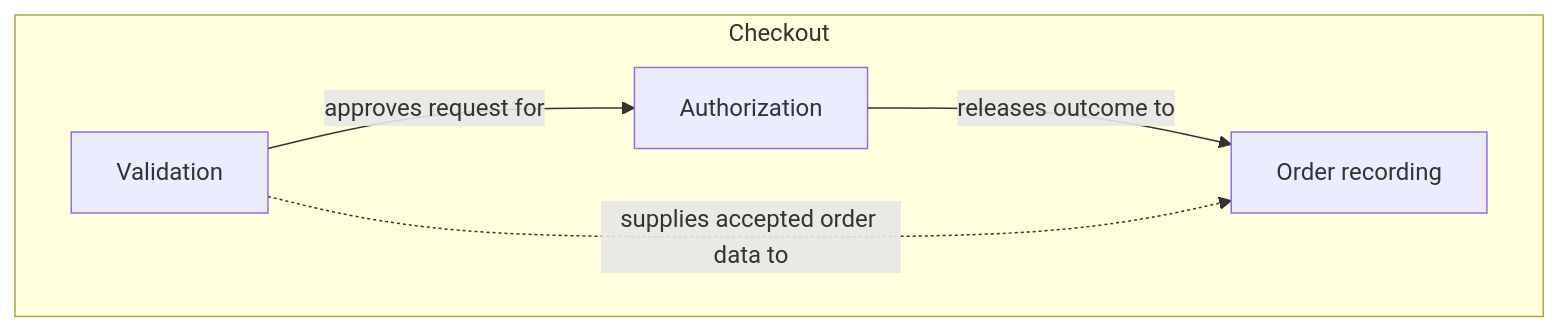
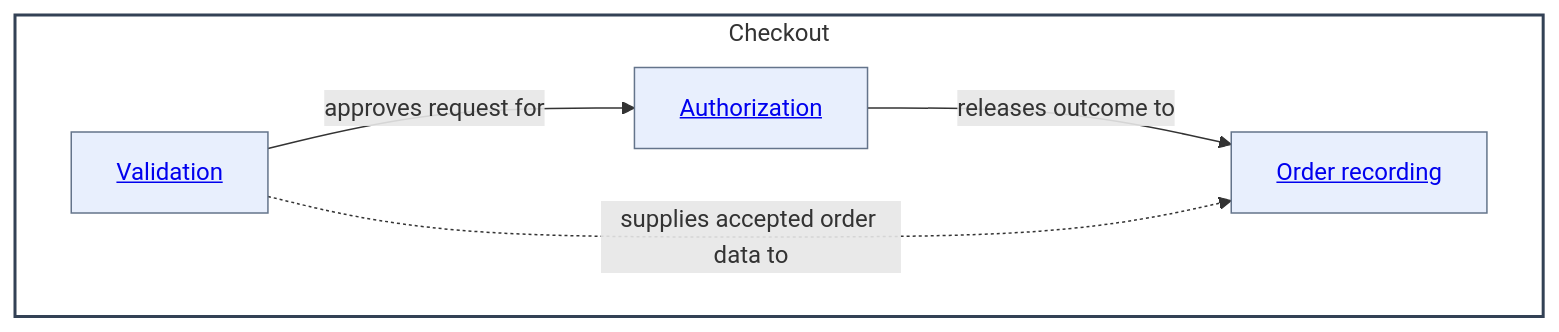
The first of 8 diagrams in skills/managing-as-is-document/diagram-examples.md (abstract-business-systems/as-is), drawn with Mermaid before and after one commit. The commit also changed other lines of this file and 6 other files, not shown here.

````diff
--- a/skills/managing-as-is-document/diagram-examples.md
+++ b/skills/managing-as-is-document/diagram-examples.md
@@ -26,13 +25,19 @@
 ```mermaid
+%%{init: {"securityLevel": "loose"}}%%
 flowchart LR
     subgraph Checkout["Checkout"]
         direction LR
-        Validation["Validation"]
-        Authorization["Authorization"]
-        OrderRecording["Order recording"]
+        Validation["<a href='./validation/as-is.md#design'>Validation</a>"]
+        Authorization["<a href='./authorization/as-is.md#design'>Authorization</a>"]
+        OrderRecording["<a href='./order-recording/as-is.md#design'>Order recording</a>"]
 
         Validation -->|approves request for| Authorization
         Authorization -->|releases outcome to| OrderRecording
         Validation -.->|supplies accepted order data to| OrderRecording
     end
+
+    classDef container fill:#f8fafc,fill-opacity:0.1,stroke:#334155,stroke-width:2px
+    classDef child fill:#2563eb,fill-opacity:0.1,stroke:#64748b,stroke-width:1px
+    class Checkout container
+    class Validation,Authorization,OrderRecording child
 ```
````
